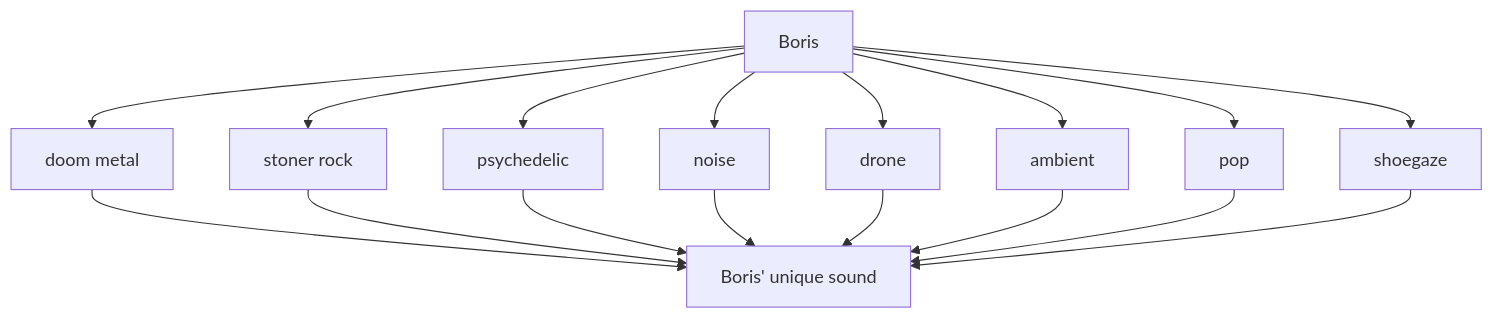
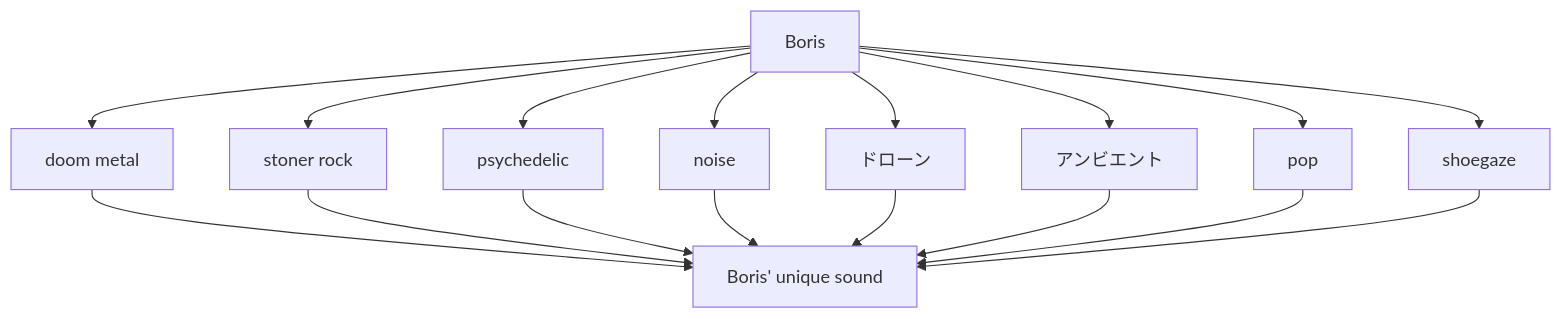
One commit to monumental-movement/monumental-movement.github.io changed the second of 5 diagrams in en/_posts/2026-08-05-column-boris.md. Above: the diagram before and after it, drawn with Mermaid. The commit also changed other lines of this file and 2196 other files, not shown here.

```diff
--- a/en/_posts/2026-08-05-column-boris.md
+++ b/en/_posts/2026-08-05-column-boris.md
@@ -402,22 +401,22 @@
 <div class="mermaid">
 graph TD
 A[Boris]
 -->B[doom metal]
 A-->C[stoner rock]
 A-->D[psychedelic]
 A-->E[noise]
-A-->F[drone]
-A-->G[ambient]
+A-->F[ドローン]
+A-->G[アンビエント]
 A-->H[pop]
 A-->I[shoegaze]
 
 B-->J[Boris' unique sound]
 C-->J
 D-->J
 E-->J
 F-->J
 G-->J
 H-->J
 I-->J
 
 </div>
```
